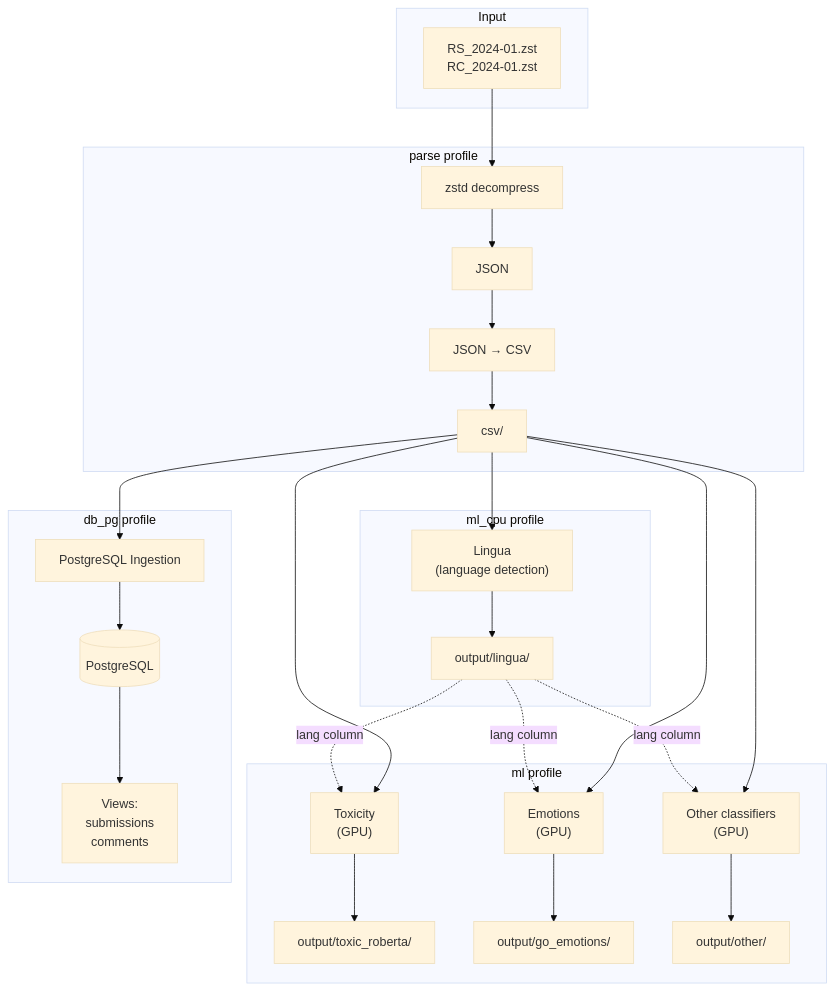
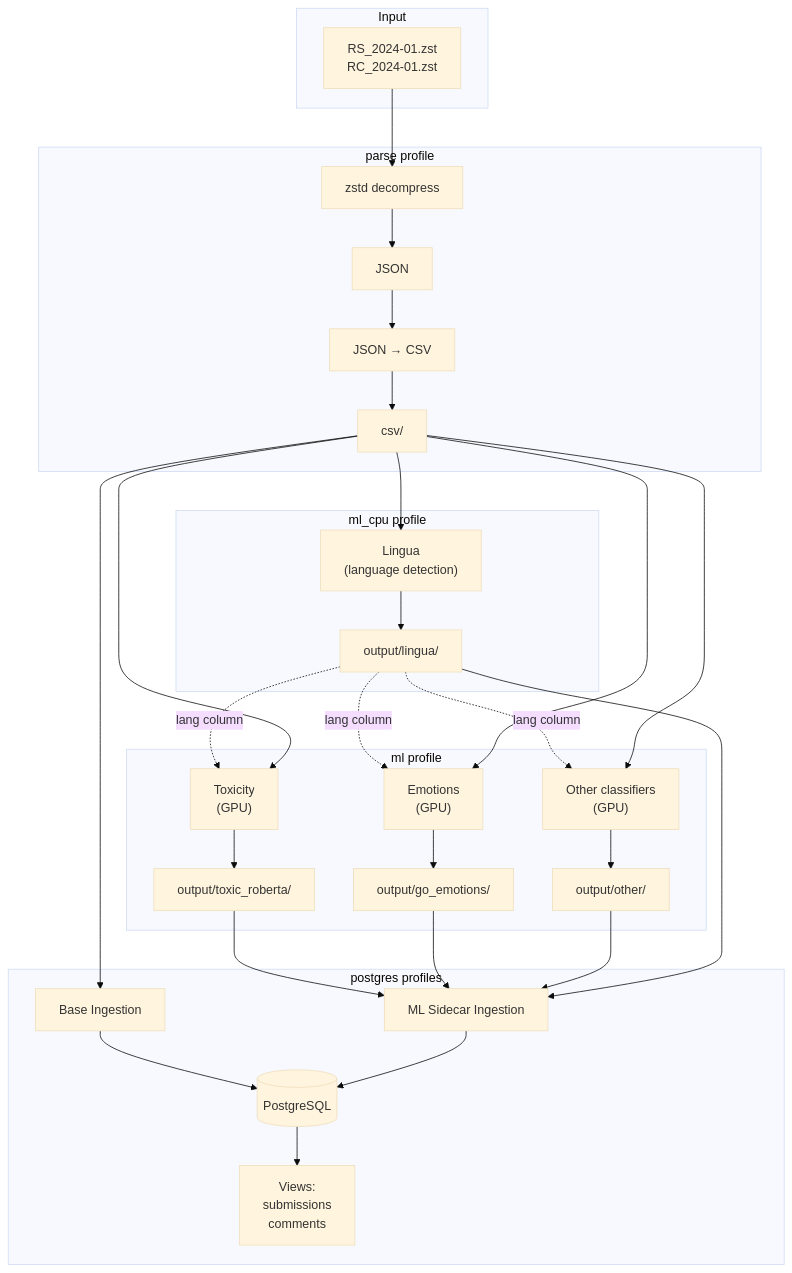
One commit to joaopn/social-data-pipeline changed the diagram in README.md. Above: the diagram before and after it, drawn with Mermaid (base theme). The commit also changed other lines of this file and 21 other files, not shown here.

````diff
--- a/README.md
+++ b/README.md
@@ -45,55 +45,61 @@
 ```mermaid
 flowchart TB
     subgraph Input
         ZST["RS_2024-01.zst\nRC_2024-01.zst"]
     end
 
     subgraph Parse [parse profile]
         Extract["zstd decompress"]
         JSON["JSON"]
         Parser["JSON → CSV"]
         CSV["csv/"]
     end
 
     subgraph ML_CPU [ml_cpu profile]
         Lingua["Lingua\n(language detection)"]
         L_Out["output/lingua/"]
     end
 
     subgraph ML [ml profile]
         Toxicity["Toxicity\n(GPU)"]
         Emotions["Emotions\n(GPU)"]
         Other["Other classifiers\n(GPU)"]
         T_Out["output/toxic_roberta/"]
         E_Out["output/go_emotions/"]
         O_Out["output/other/"]
     end
 
-    subgraph DB_PG [db_pg profile]
-        Ingest["PostgreSQL Ingestion"]
+    subgraph Postgres [postgres profiles]
         PG[(PostgreSQL)]
+        Ingest["Base Ingestion"]
+        Sidecar["ML Sidecar Ingestion"]
         Views["Views:\nsubmissions\ncomments"]
     end
 
     ZST --> Extract
     Extract --> JSON
     JSON --> Parser
     Parser --> CSV
 
     CSV --> Lingua
     Lingua --> L_Out
     L_Out -.->|lang column| Toxicity
     L_Out -.->|lang column| Emotions
     L_Out -.->|lang column| Other
 
     CSV --> Toxicity
     CSV --> Emotions
     CSV --> Other
     Toxicity --> T_Out
     Emotions --> E_Out
     Other --> O_Out
 
     CSV --> Ingest
     Ingest --> PG
+    T_Out --> Sidecar
+    E_Out --> Sidecar
+    O_Out --> Sidecar
+    L_Out --> Sidecar
+    Sidecar --> PG
     PG --> Views
 ```
````
